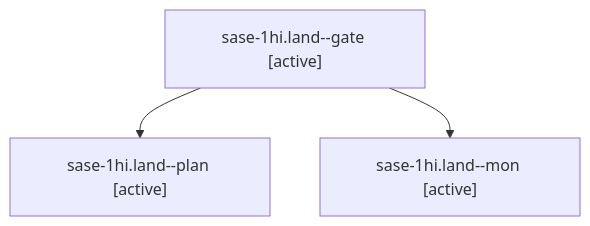
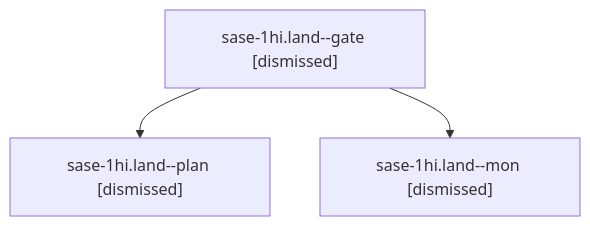
One commit to sase-org/sase--agents changed the diagram in sessions/bbugyi200.apollo.sase-1hi.land.md. Above: the diagram before and after it, drawn with Mermaid. The commit also changed other lines of this file and 259 other files, not shown here.

````diff
--- a/sessions/bbugyi200.apollo.sase-1hi.land.md
+++ b/sessions/bbugyi200.apollo.sase-1hi.land.md
@@ -9,8 +9,8 @@
 ```mermaid
 flowchart TD
-  n0["sase-1hi.land--gate [active]"]
-  n1["sase-1hi.land--plan [active]"]
+  n0["sase-1hi.land--gate [dismissed]"]
+  n1["sase-1hi.land--plan [dismissed]"]
   n0 --> n1
-  n2["sase-1hi.land--mon [active]"]
+  n2["sase-1hi.land--mon [dismissed]"]
   n0 --> n2
 ```
````
